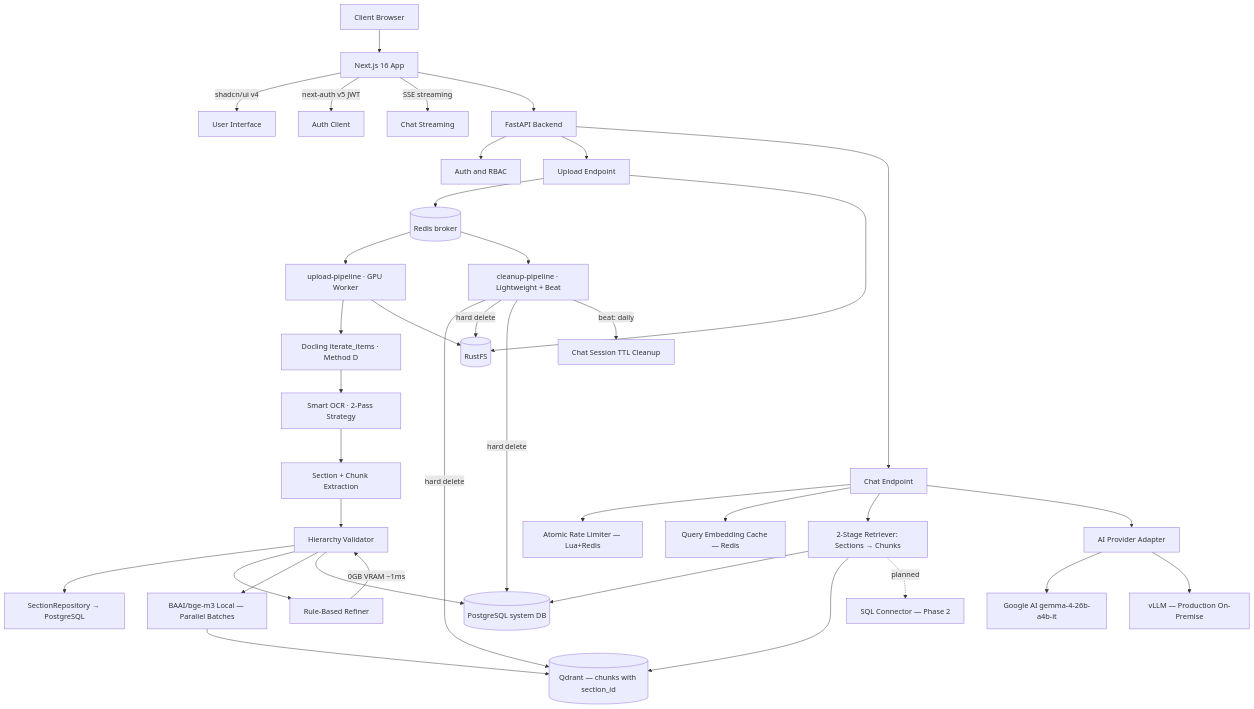
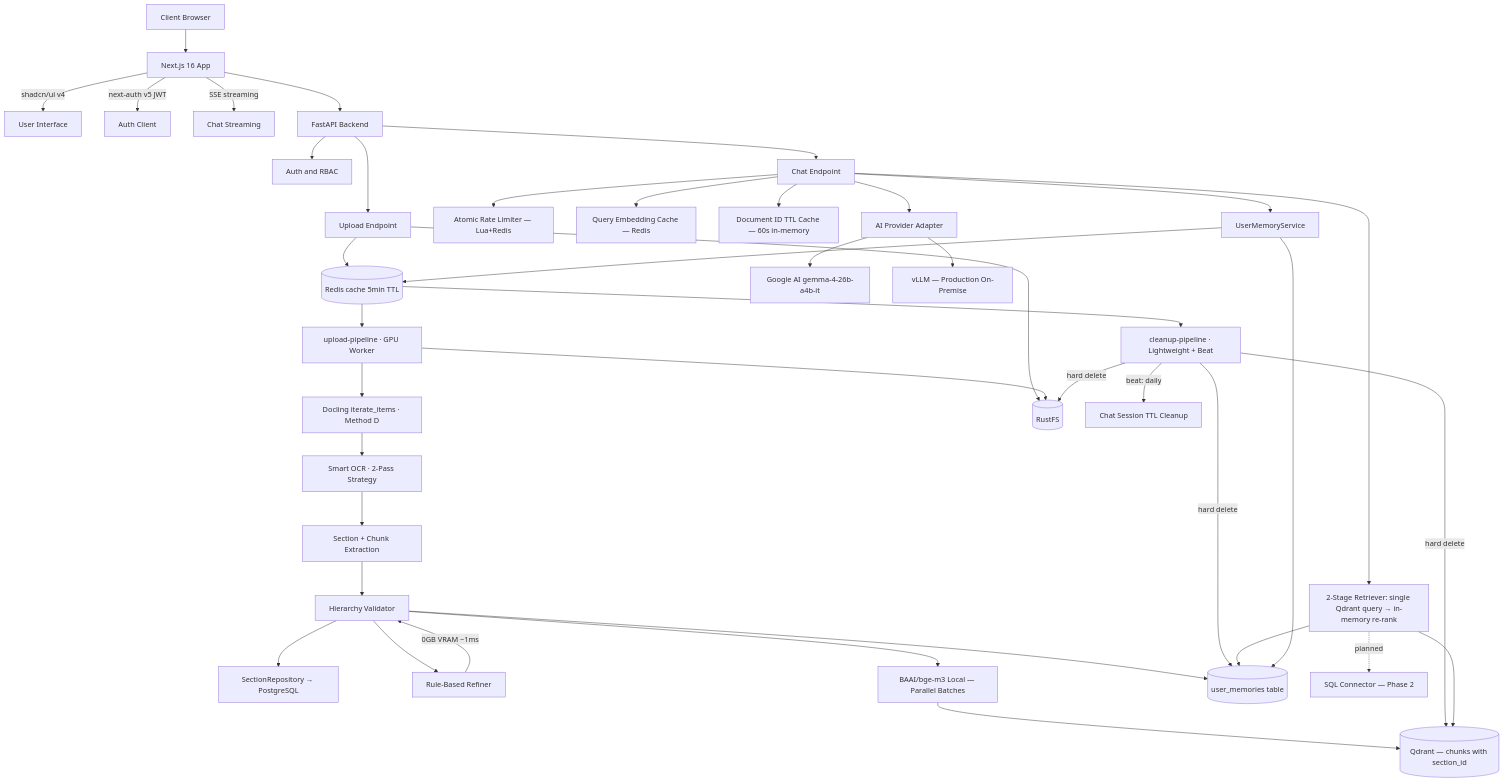
The diagram in docs/01_SYSTEM_ARCHITECTURE.md (qtuanph/chatbot-rag), drawn with Mermaid before and after one commit. The commit also changed other lines of this file and 30 other files, not shown here.

First line of the commit message:
feat: implement user memory management with CRUD operations

````diff
--- a/docs/01_SYSTEM_ARCHITECTURE.md
+++ b/docs/01_SYSTEM_ARCHITECTURE.md
@@ -29,45 +32,49 @@
 ```mermaid
 graph TD
     Client[Client Browser] --> WebApp[Next.js 16 App]
     WebApp --> |shadcn/ui v4| UI[User Interface]
     WebApp --> |next-auth v5 JWT| Auth[Auth Client]
     WebApp --> |SSE streaming| SSE[Chat Streaming]
 
     WebApp --> API[FastAPI Backend]
     API --> AuthSvc[Auth and RBAC]
     API --> Upload[Upload Endpoint]
     API --> Chat[Chat Endpoint]
 
     Upload --> Redis[(Redis broker)]
     Redis --> UploadPipeline[upload-pipeline · GPU Worker]
     Redis --> CleanupPipeline[cleanup-pipeline · Lightweight + Beat]
 
     UploadPipeline --> Parser[Docling iterate_items · Method D]
     Parser --> SmartOCR[Smart OCR · 2-Pass Strategy]
     SmartOCR --> SectionExtractor[Section + Chunk Extraction]
     SectionExtractor --> Validator[Hierarchy Validator]
     Validator --> SectionStore[SectionRepository → PostgreSQL]
     Validator --> Refiner[Rule-Based Refiner]
     Refiner --> |0GB VRAM ~1ms| Validator
     Validator --> Embedder[BAAI/bge-m3 Local — Parallel Batches]
     Embedder --> Qdrant[(Qdrant — chunks with section_id)]
     Validator --> PG[(PostgreSQL system DB)]
 
     Upload --> RustFS[(RustFS)]
     UploadPipeline --> RustFS
 
     CleanupPipeline --> |hard delete| Qdrant
     CleanupPipeline --> |hard delete| RustFS
     CleanupPipeline --> |hard delete| PG
     CleanupPipeline --> |beat: daily| TTL[Chat Session TTL Cleanup]
 
     Chat --> Throttle[Atomic Rate Limiter — Lua+Redis]
     Chat --> QueryCache[Query Embedding Cache — Redis]
-    Chat --> Retriever[2-Stage Retriever: Sections → Chunks]
+    Chat --> DocIDCache[Document ID TTL Cache — 60s in-memory]
+    Chat --> Retriever[2-Stage Retriever: single Qdrant query → in-memory re-rank]
     Retriever --> PG
     Retriever --> Qdrant
     Retriever -. planned -.-> SQLConnector[SQL Connector — Phase 2]
     Chat --> LLM[AI Provider Adapter]
     LLM --> Google[Google AI gemma-4-26b-a4b-it]
     LLM --> vLLM[vLLM — Production On-Premise]
+    Chat --> MemorySvc[UserMemoryService]
+    MemorySvc --> Redis[(Redis cache 5min TTL)]
+    MemorySvc --> PG[(user_memories table)]
 ```
````
